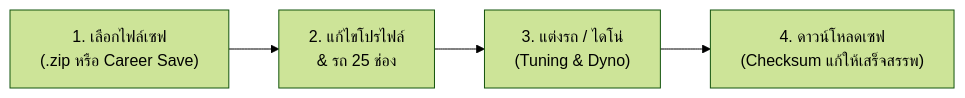
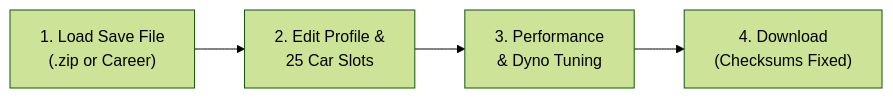
Before and after one commit to PatcharaGun/nfsu2-save-editor: the diagram in dist/README.md, drawn with Mermaid (forest theme). The commit also changed other lines of this file and 1 other file, not shown here.

````diff
--- a/dist/README.md
+++ b/dist/README.md
@@ -70,6 +63,6 @@
 ```mermaid
 flowchart LR
-    A["1. เลือกไฟล์เซฟ<br>(.zip หรือ Career Save)"] --> B["2. แก้ไขโปรไฟล์<br>& รถ 25 ช่อง"]
-    B --> C["3. แต่งรถ / ไดโน่<br>(Tuning & Dyno)"]
-    C --> D["4. ดาวน์โหลดเซฟ<br>(Checksum แก้ให้เสร็จสรรพ)"]
+    A["1. Load Save File<br>(.zip or Career)"] --> B["2. Edit Profile &<br>25 Car Slots"]
+    B --> C["3. Performance<br>& Dyno Tuning"]
+    C --> D["4. Download<br>(Checksums Fixed)"]
 ```
````
